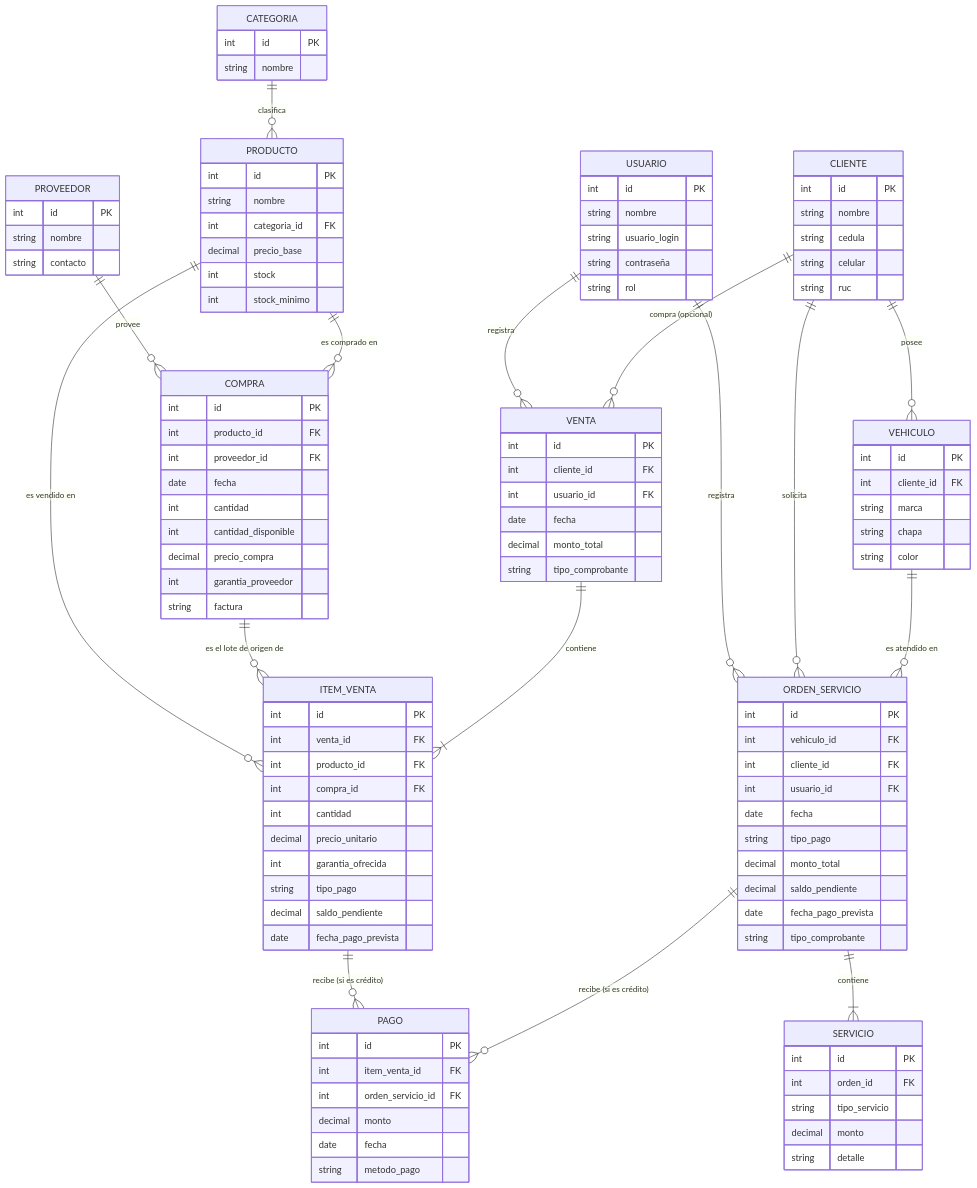
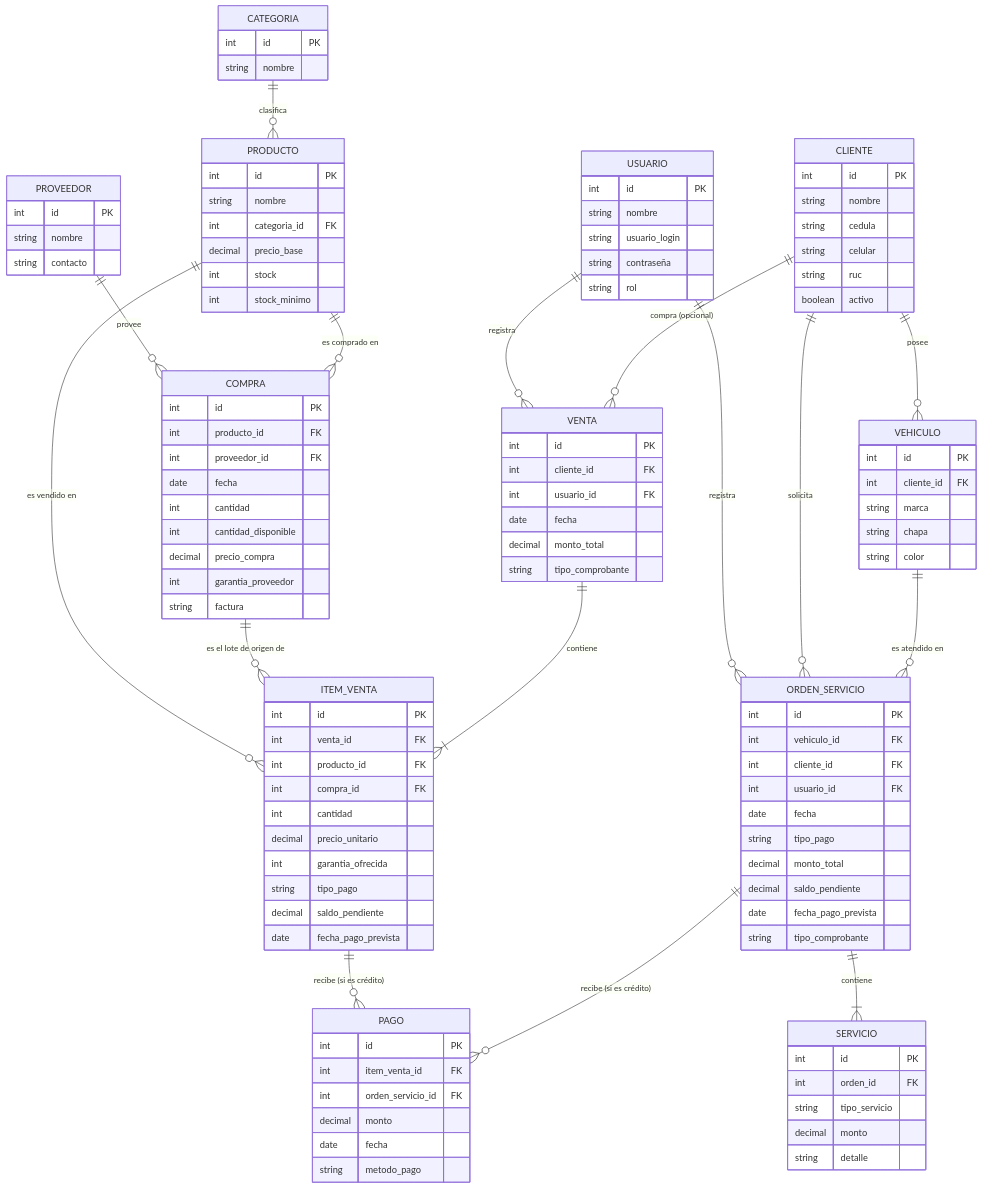
One commit to josD0111/neucar-system changed the diagram in docs/02-desing/diagrama-entidad-relacion.md. Above: the diagram before and after it, drawn with Mermaid. The commit also changed other lines of this file and 2 other files, not shown here.

```diff
--- a/docs/02-desing/diagrama-entidad-relacion.md
+++ b/docs/02-desing/diagrama-entidad-relacion.md
@@ -43,6 +43,7 @@
         string cedula
         string celular
         string ruc
+        boolean activo
     }
 
     PROVEEDOR {
```
